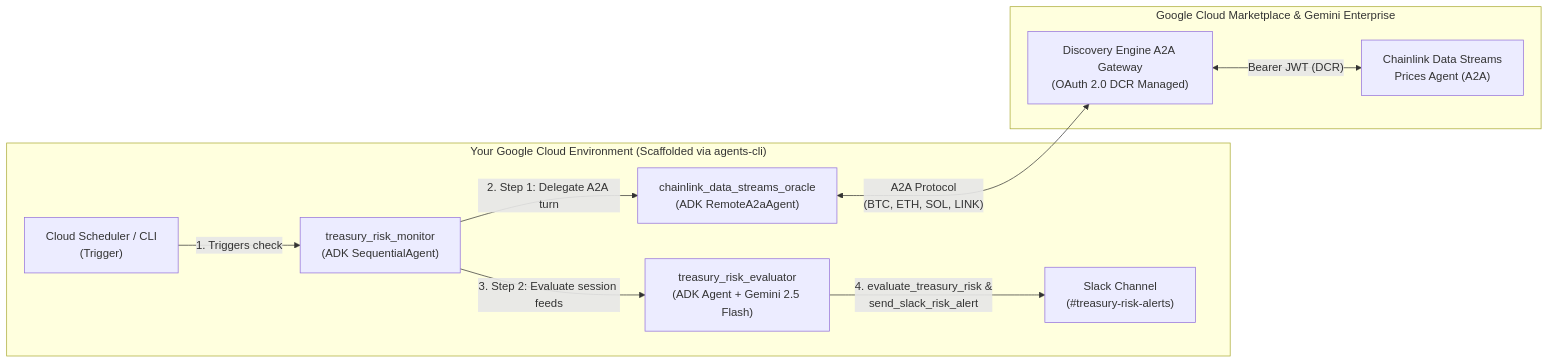
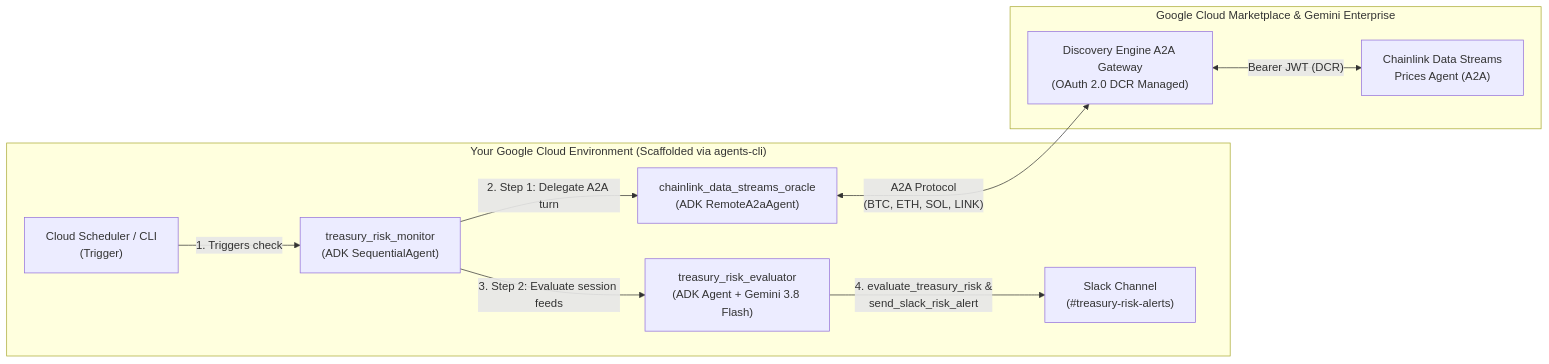
One commit to deepchenna/chainlink-treasury-monitor changed the diagram in BLOG.md. Above: the diagram before and after it, drawn with Mermaid. The commit also changed other lines of this file and 2 other files, not shown here.

Commit message:
Upgrade model to Gemini 3.8 Flash (gemini-3.8-flash)

````diff
--- a/BLOG.md
+++ b/BLOG.md
@@ -41,22 +41,22 @@
 ```mermaid
 flowchart LR
     subgraph UserEnv["Your Google Cloud Environment (Scaffolded via agents-cli)"]
         Scheduler["Cloud Scheduler / CLI\n(Trigger)"]
         Root["treasury_risk_monitor\n(ADK SequentialAgent)"]
         RemoteOracle["chainlink_data_streams_oracle\n(ADK RemoteA2aAgent)"]
-        RiskEval["treasury_risk_evaluator\n(ADK Agent + Gemini 2.5 Flash)"]
+        RiskEval["treasury_risk_evaluator\n(ADK Agent + Gemini 3.8 Flash)"]
         Slack["Slack Channel\n(#treasury-risk-alerts)"]
     end
 
     subgraph GCPEnt["Google Cloud Marketplace & Gemini Enterprise"]
         Discovery["Discovery Engine A2A Gateway\n(OAuth 2.0 DCR Managed)"]
         ChainlinkAgent["Chainlink Data Streams\nPrices Agent (A2A)"]
     end
 
     Scheduler -->|"1. Triggers check"| Root
     Root -->|"2. Step 1: Delegate A2A turn"| RemoteOracle
     RemoteOracle <-->|"A2A Protocol\n(BTC, ETH, SOL, LINK)"| Discovery
     Discovery <-->|"Bearer JWT (DCR)"| ChainlinkAgent
     Root -->|"3. Step 2: Evaluate session feeds"| RiskEval
     RiskEval -->|"4. evaluate_treasury_risk &\nsend_slack_risk_alert"| Slack
 ```
````
